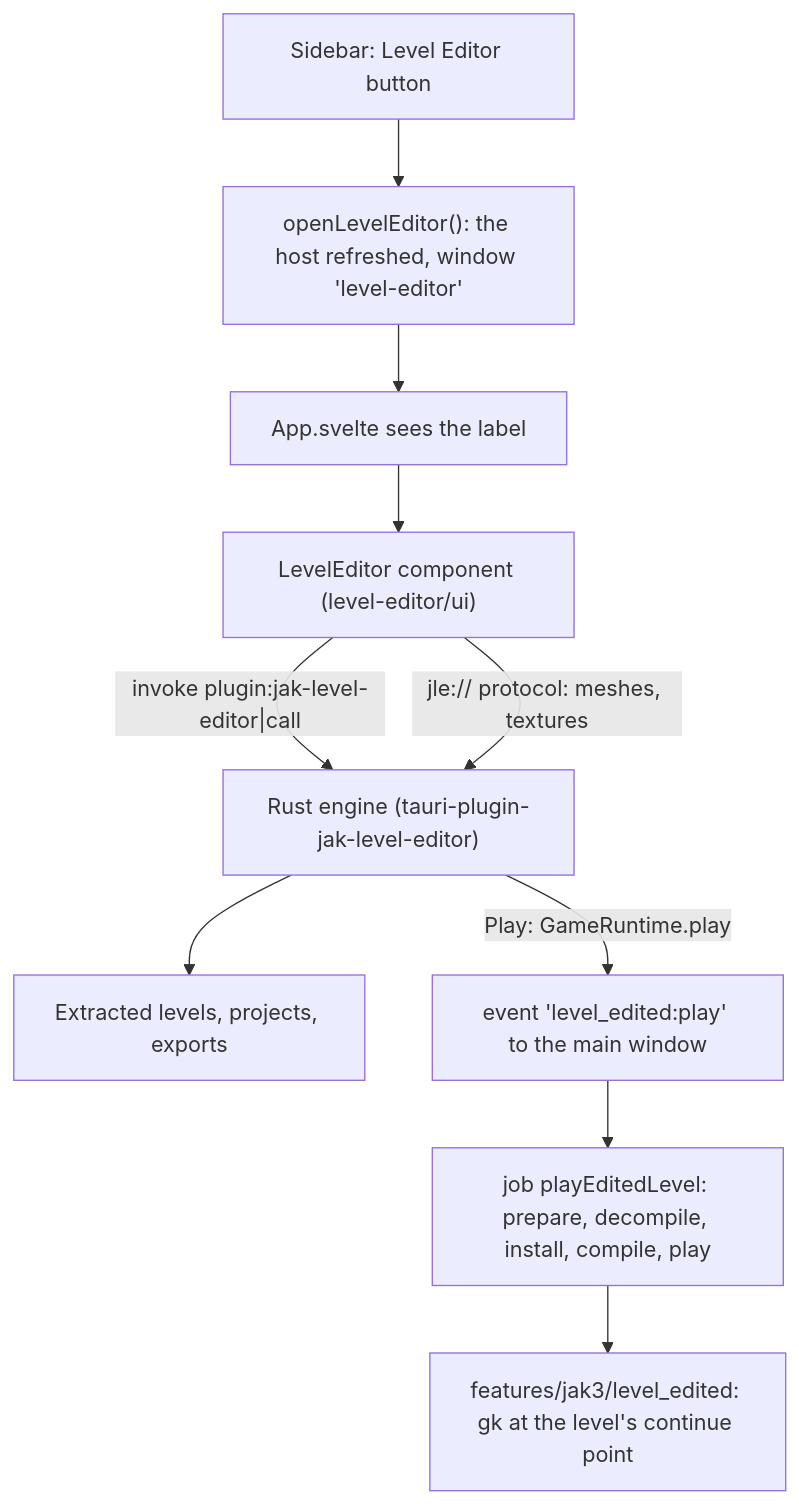
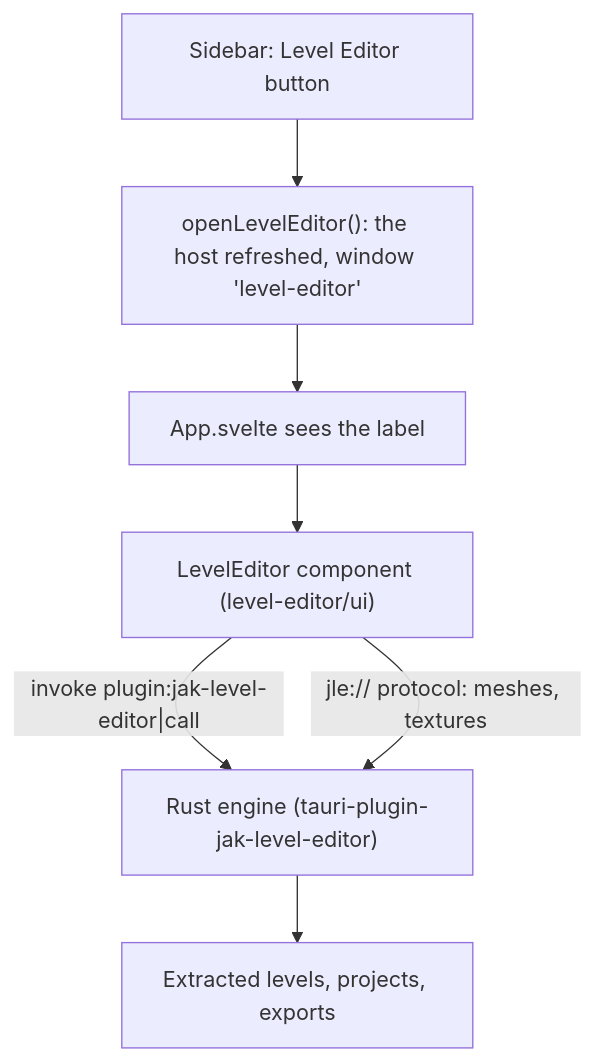
The first of 2 diagrams in docs/features_ai/features_level_editor.md (whozghiar/open-goal-launcher), drawn with Mermaid before and after one commit. The commit also changed other lines of this file and 17 other files, not shown here.

First line of the commit message:
feat: no Play for edited levels / plus de Jouer pour les niveaux édités (AI-assisted)

````diff
--- a/docs/features_ai/features_level_editor.md
+++ b/docs/features_ai/features_level_editor.md
@@ -112,12 +83,9 @@
 ```mermaid
 flowchart TD
   A["Sidebar: Level Editor button"] --> B["openLevelEditor(): the host refreshed, window 'level-editor'"]
   B --> C["App.svelte sees the label"]
   C --> D["LevelEditor component (level-editor/ui)"]
   D -->|"invoke plugin:jak-level-editor|call"| E["Rust engine (tauri-plugin-jak-level-editor)"]
   D -->|"jle:// protocol: meshes, textures"| E
   E --> F["Extracted levels, projects, exports"]
-  E -->|"Play: GameRuntime.play"| G["event 'level_edited:play' to the main window"]
-  G --> H["job playEditedLevel: prepare, decompile, install, compile, play"]
-  H --> I["features/jak3/level_edited: gk at the level's continue point"]
 ```
````
